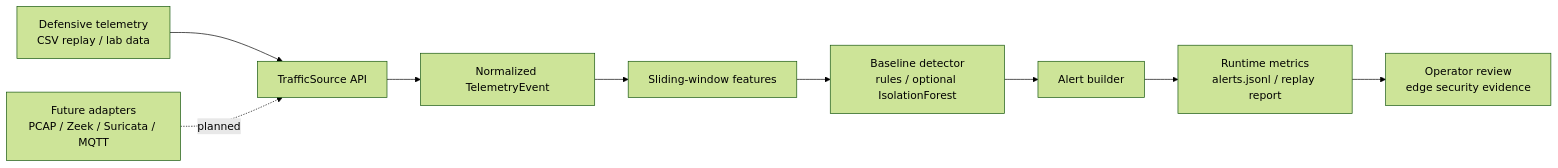
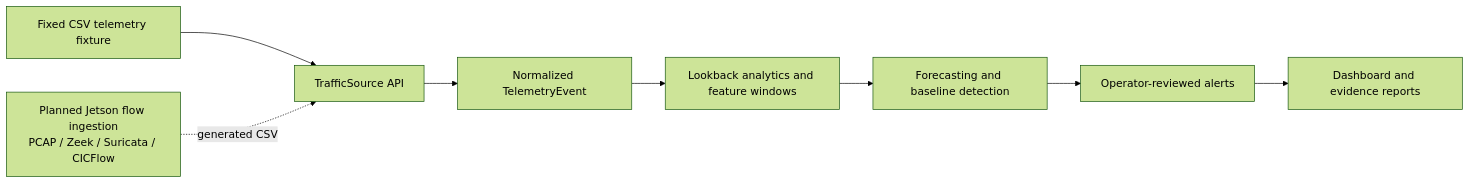
The diagram in README.md (obiedeh/jetson-edge-ai-security), drawn with Mermaid (forest theme) before and after one commit. The commit also changed other lines of this file and 11 other files, not shown here.

Commit message:
docs: reposition repo as Jetson edge intrusion detection

````diff
--- a/README.md
+++ b/README.md
@@ -40,11 +136,10 @@
 ```mermaid
 flowchart LR
-    A["Defensive telemetry<br/>CSV replay / lab data"] --> B["TrafficSource API"]
+    A["Fixed CSV telemetry fixture"] --> B["TrafficSource API"]
     B --> C["Normalized TelemetryEvent"]
-    C --> D["Sliding-window features"]
-    D --> E["Baseline detector<br/>rules / optional IsolationForest"]
-    E --> F["Alert builder"]
-    F --> G["Runtime metrics<br/>alerts.jsonl / replay report"]
-    G --> H["Operator review<br/>edge security evidence"]
-    I["Future adapters<br/>PCAP / Zeek / Suricata / MQTT"] -. planned .-> B
+    C --> D["Lookback analytics and feature windows"]
+    D --> E["Forecasting and baseline detection"]
+    E --> F["Operator-reviewed alerts"]
+    F --> G["Dashboard and evidence reports"]
+    H["Planned Jetson flow ingestion<br/>PCAP / Zeek / Suricata / CICFlow"] -. "generated CSV" .-> B
 ```
````
